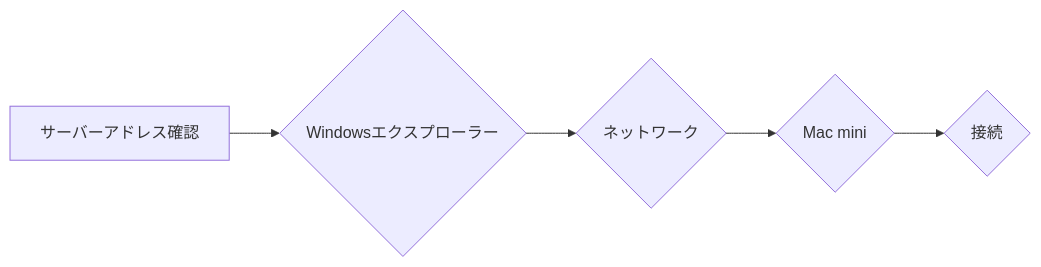
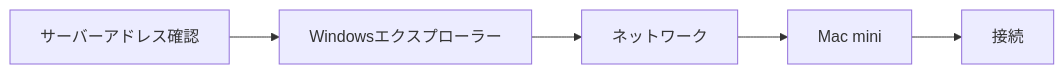
One commit to SparklingDetergent/doc_genai_Using_Generative_AI_with_Mac_Mini_M1_-Server_Setup- changed the sixth of 8 diagrams in README.md. Above: the diagram before and after it, drawn with Mermaid. The commit also changed other lines of this file, not shown here.

````diff
--- a/README.md
+++ b/README.md
@@ -325,7 +325,7 @@
 ```mermaid
 graph LR
-    A[サーバーアドレス確認] --> B{Windowsエクスプローラー}
-    B --> C{ネットワーク}
-    C --> D{Mac mini}
-    D --> E{接続}
+    A[サーバーアドレス確認] --> B[Windowsエクスプローラー]
+    B --> C[ネットワーク]
+    C --> D[Mac mini]
+    D --> E[接続]
 ```
````
